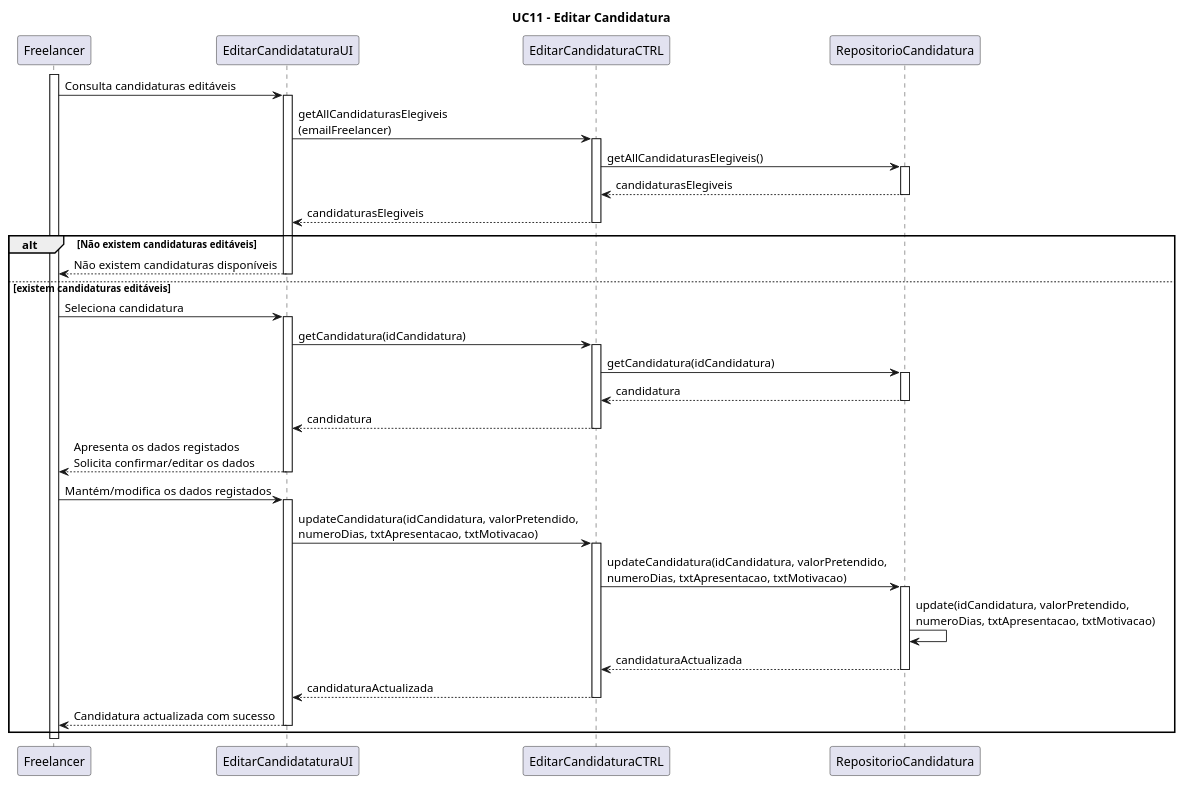
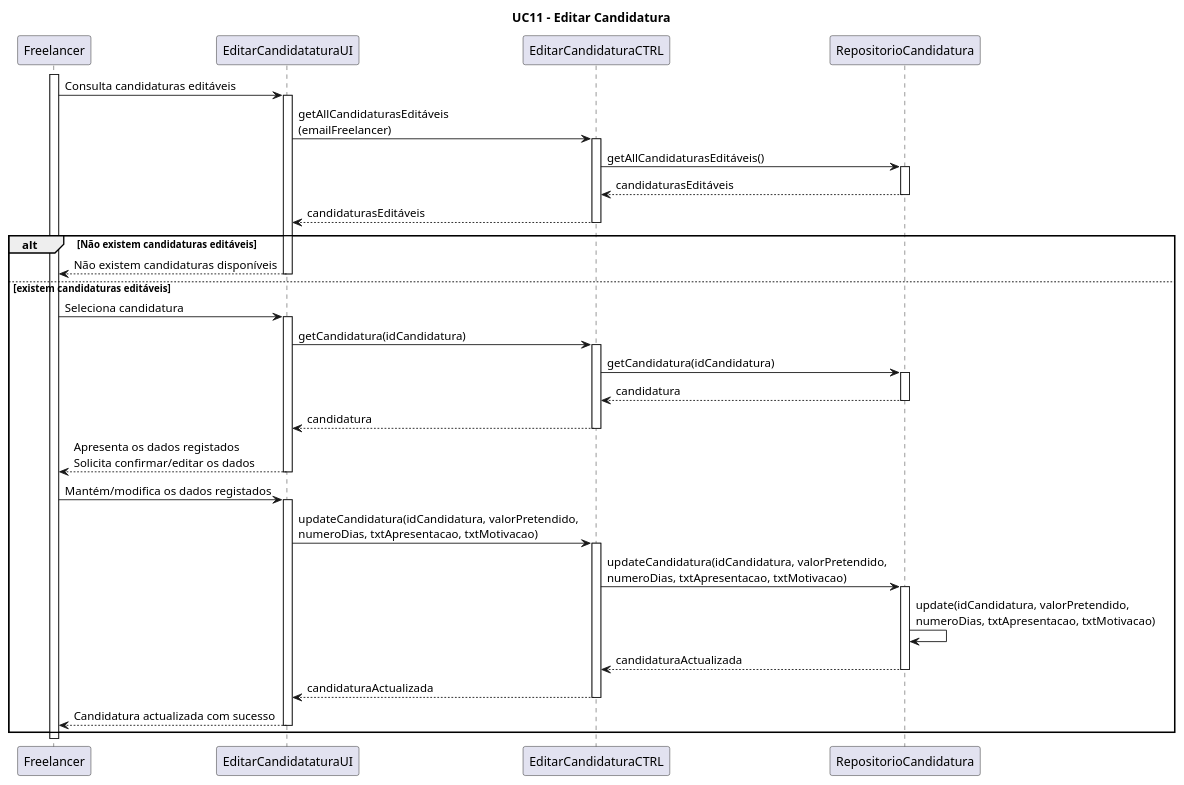
Before and after one commit to blestonbandeiraUPSKILL/upskill_java1_labprg_grupo2: the diagram in Documentação/Sprint 4/UC11_Editar_Candidatura/UC11_Editar_Candidatura_Diag_Seq.plantuml, drawn with PlantUML. The commit also changed 1 other file, not shown here.

```diff
--- a/Documentação/Sprint 4/UC11_Editar_Candidatura/UC11_Editar_Candidatura_Diag_Seq.plantuml
+++ b/Documentação/Sprint 4/UC11_Editar_Candidatura/UC11_Editar_Candidatura_Diag_Seq.plantuml
@@ -1,52 +1,52 @@
 @startuml
 
 participant Freelancer
 participant "EditarCandidataturaUI" as EditarCandidataturaUI
 participant "EditarCandidaturaCTRL" as EditarCandidaturaCTRL
 participant RepositorioCandidatura
 
 
 title UC11 - Editar Candidatura
 activate Freelancer
 Freelancer -> EditarCandidataturaUI : Consulta candidaturas editáveis
 activate EditarCandidataturaUI
-EditarCandidataturaUI -> EditarCandidaturaCTRL : getAllCandidaturasElegiveis \n(emailFreelancer)
+EditarCandidataturaUI -> EditarCandidaturaCTRL : getAllCandidaturasEditáveis \n(emailFreelancer)
 activate EditarCandidaturaCTRL
-EditarCandidaturaCTRL -> RepositorioCandidatura : getAllCandidaturasElegiveis()
+EditarCandidaturaCTRL -> RepositorioCandidatura : getAllCandidaturasEditáveis()
 activate RepositorioCandidatura
-RepositorioCandidatura --> EditarCandidaturaCTRL : candidaturasElegiveis
+RepositorioCandidatura --> EditarCandidaturaCTRL : candidaturasEditáveis
 deactivate RepositorioCandidatura
-EditarCandidaturaCTRL --> EditarCandidataturaUI : candidaturasElegiveis
+EditarCandidaturaCTRL --> EditarCandidataturaUI : candidaturasEditáveis
 deactivate EditarCandidaturaCTRL
 alt Não existem candidaturas editáveis
 EditarCandidataturaUI --> Freelancer : Não existem candidaturas disponíveis
 deactivate EditarCandidataturaUI
 else existem candidaturas editáveis
 Freelancer -> EditarCandidataturaUI : Seleciona candidatura
 activate EditarCandidataturaUI
 EditarCandidataturaUI -> EditarCandidaturaCTRL : getCandidatura(idCandidatura)
 activate EditarCandidaturaCTRL
 EditarCandidaturaCTRL -> RepositorioCandidatura : getCandidatura(idCandidatura)
 activate RepositorioCandidatura
 RepositorioCandidatura --> EditarCandidaturaCTRL : candidatura
 deactivate RepositorioCandidatura
 EditarCandidaturaCTRL --> EditarCandidataturaUI : candidatura
 deactivate EditarCandidaturaCTRL
 EditarCandidataturaUI --> Freelancer : Apresenta os dados registados \nSolicita confirmar/editar os dados
 deactivate EditarCandidataturaUI
 Freelancer -> EditarCandidataturaUI : Mantém/modifica os dados registados
 activate EditarCandidataturaUI
 EditarCandidataturaUI -> EditarCandidaturaCTRL : updateCandidatura(idCandidatura, valorPretendido, \nnumeroDias, txtApresentacao, txtMotivacao)
 activate EditarCandidaturaCTRL
 EditarCandidaturaCTRL -> RepositorioCandidatura : updateCandidatura(idCandidatura, valorPretendido, \nnumeroDias, txtApresentacao, txtMotivacao)
 activate RepositorioCandidatura
 RepositorioCandidatura -> RepositorioCandidatura: update(idCandidatura, valorPretendido, \nnumeroDias, txtApresentacao, txtMotivacao)
 RepositorioCandidatura --> EditarCandidaturaCTRL: candidaturaActualizada
 deactivate RepositorioCandidatura
 EditarCandidaturaCTRL --> EditarCandidataturaUI: candidaturaActualizada
 deactivate EditarCandidaturaCTRL
 EditarCandidataturaUI --> Freelancer: Candidatura actualizada com sucesso
 deactivate EditarCandidataturaUI
 end
 deactivate Freelancer
 @enduml
```
